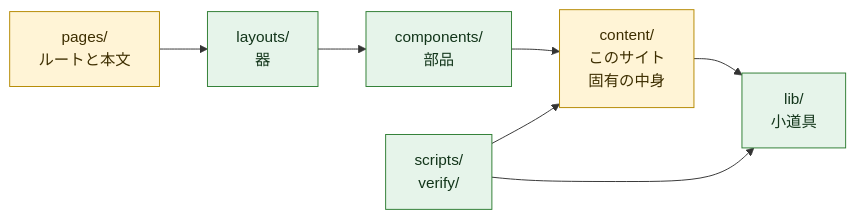
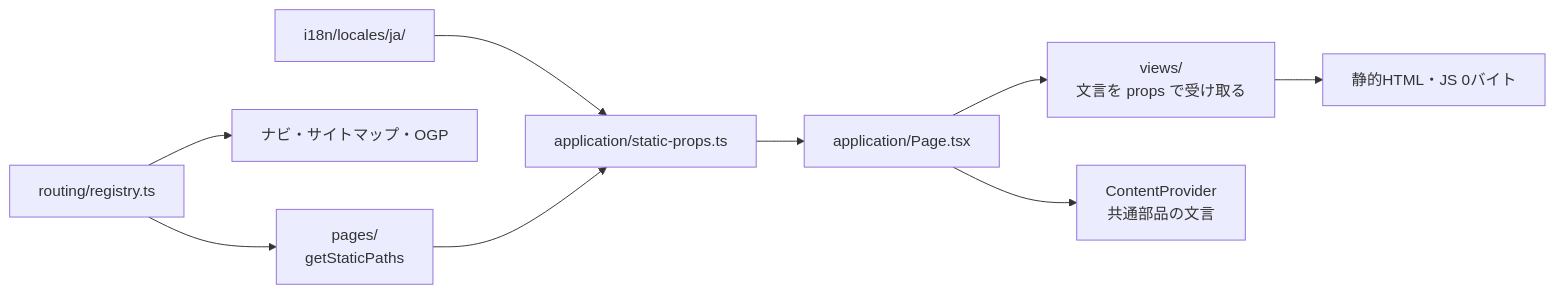
Before and after one commit to bright-broom/tsumugi: the fourth of 4 diagrams in site/README.md, drawn with Mermaid. The commit also changed other lines of this file and 114 other files, not shown here.

Commit message:
Centralize site copy and static routing; simplify phone links

````diff
--- a/site/README.md
+++ b/site/README.md
@@ -135,14 +109,11 @@
 ```mermaid
 flowchart LR
-  pages["pages/<br/>ルートと本文"] --> layouts["layouts/<br/>器"]
-  layouts --> components["components/<br/>部品"]
-  components --> content["content/<br/>このサイト<br/>固有の中身"]
-  content --> lib["lib/<br/>小道具"]
-  tools["scripts/<br/>verify/"] --> content
-  tools --> lib
-
-  classDef swap fill:#fff4d6,stroke:#b58900,color:#3d2e00
-  classDef keep fill:#e6f4ea,stroke:#2e7d32,color:#12351a
-  class pages,content swap
-  class layouts,components,lib,tools keep
+  routes["routing/registry.ts"] --> paths["pages/<br/>getStaticPaths"]
+  routes --> navigation["ナビ・サイトマップ・OGP"]
+  messages["i18n/locales/ja/"] --> props["application/static-props.ts"]
+  paths --> props
+  props --> render["application/Page.tsx"]
+  render --> views["views/<br/>文言を props で受け取る"]
+  render --> shared["ContentProvider<br/>共通部品の文言"]
+  views --> html["静的HTML・JS 0バイト"]
 ```
````
